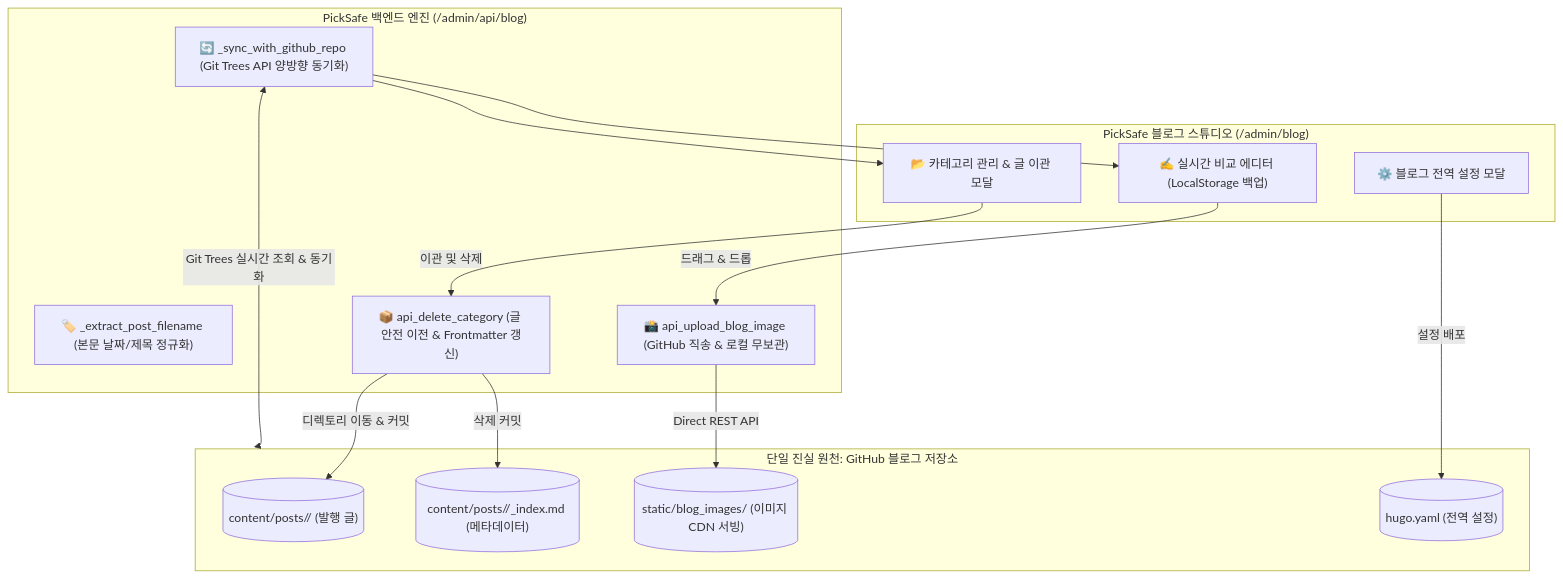
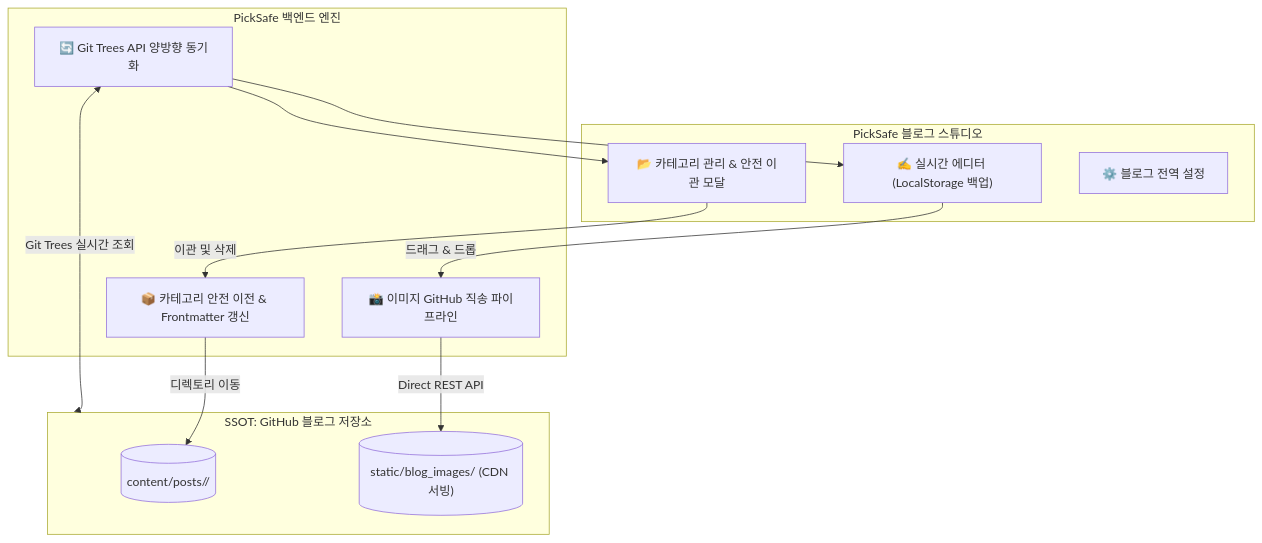
Before and after one commit to daniel-dataflow/daniel-dataflow.github.io: the diagram in content/posts/picksafe/2026-08-31-블로그-스튜디오-양방향-동기화-SSOT-이미지-파이프라인-및-카테고리-생애주기-아키텍처.md, drawn with Mermaid. The commit also changed other lines of this file and 61 other files, not shown here.

Commit message:
Auto Post: PickSafe 의사결정 일지 업데이트

````diff
--- a/content/posts/picksafe/2026-08-31-블로그-스튜디오-양방향-동기화-SSOT-이미지-파이프라인-및-카테고리-생애주기-아키텍처.md
+++ b/content/posts/picksafe/2026-08-31-블로그-스튜디오-양방향-동기화-SSOT-이미지-파이프라인-및-카테고리-생애주기-아키텍처.md
@@ -33,32 +39,27 @@
 ```mermaid
 flowchart TD
-    subgraph PickSafe_Studio ["PickSafe 블로그 스튜디오 (/admin/blog)"]
-        UI_EDITOR["✍️ 실시간 비교 에디터 (LocalStorage 백업)"]
-        UI_CAT["📂 카테고리 관리 & 글 이관 모달"]
-        UI_SET["⚙️ 블로그 전역 설정 모달"]
+    subgraph PickSafe_Studio ["PickSafe 블로그 스튜디오"]
+        UI_EDITOR["✍️ 실시간 에디터 (LocalStorage 백업)"]
+        UI_CAT["📂 카테고리 관리 & 안전 이관 모달"]
+        UI_SET["⚙️ 블로그 전역 설정"]
     end
 
-    subgraph Backend_Engine ["PickSafe 백엔드 엔진 (/admin/api/blog)"]
-        SYNC["🔄 _sync_with_github_repo (Git Trees API 양방향 동기화)"]
-        PARSE["🏷️ _extract_post_filename (본문 날짜/제목 정규화)"]
-        IMG_DIR["📸 api_upload_blog_image (GitHub 직송 & 로컬 무보관)"]
-        MIGRATE["📦 api_delete_category (글 안전 이전 & Frontmatter 갱신)"]
+    subgraph Backend_Engine ["PickSafe 백엔드 엔진"]
+        SYNC["🔄 Git Trees API 양방향 동기화"]
+        IMG_DIR["📸 이미지 GitHub 직송 파이프라인"]
+        MIGRATE["📦 카테고리 안전 이전 & Frontmatter 갱신"]
     end
 
-    subgraph GitHub_Repo ["단일 진실 원천: GitHub 블로그 저장소"]
-        GH_POSTS[("content/posts/<category>/ (발행 글)")]
-        GH_INDEX[("content/posts/<category>/_index.md (메타데이터)")]
-        GH_IMG[("static/blog_images/ (이미지 CDN 서빙)")]
-        GH_CONFIG[("hugo.yaml (전역 설정)")]
+    subgraph GitHub_Repo ["SSOT: GitHub 블로그 저장소"]
+        GH_POSTS[("content/posts/<category>/")]
+        GH_IMG[("static/blog_images/ (CDN 서빙)")]
     end
 
     UI_EDITOR -->|드래그 & 드롭| IMG_DIR
     IMG_DIR -->|Direct REST API| GH_IMG
     UI_CAT -->|이관 및 삭제| MIGRATE
-    MIGRATE -->|디렉토리 이동 & 커밋| GH_POSTS
-    MIGRATE -->|삭제 커밋| GH_INDEX
-    UI_SET -->|설정 배포| GH_CONFIG
-    SYNC <-->|Git Trees 실시간 조회 & 동기화| GitHub_Repo
+    MIGRATE -->|디렉토리 이동| GH_POSTS
+    SYNC <-->|Git Trees 실시간 조회| GitHub_Repo
     SYNC --> UI_EDITOR
     SYNC --> UI_CAT
 ```
````
